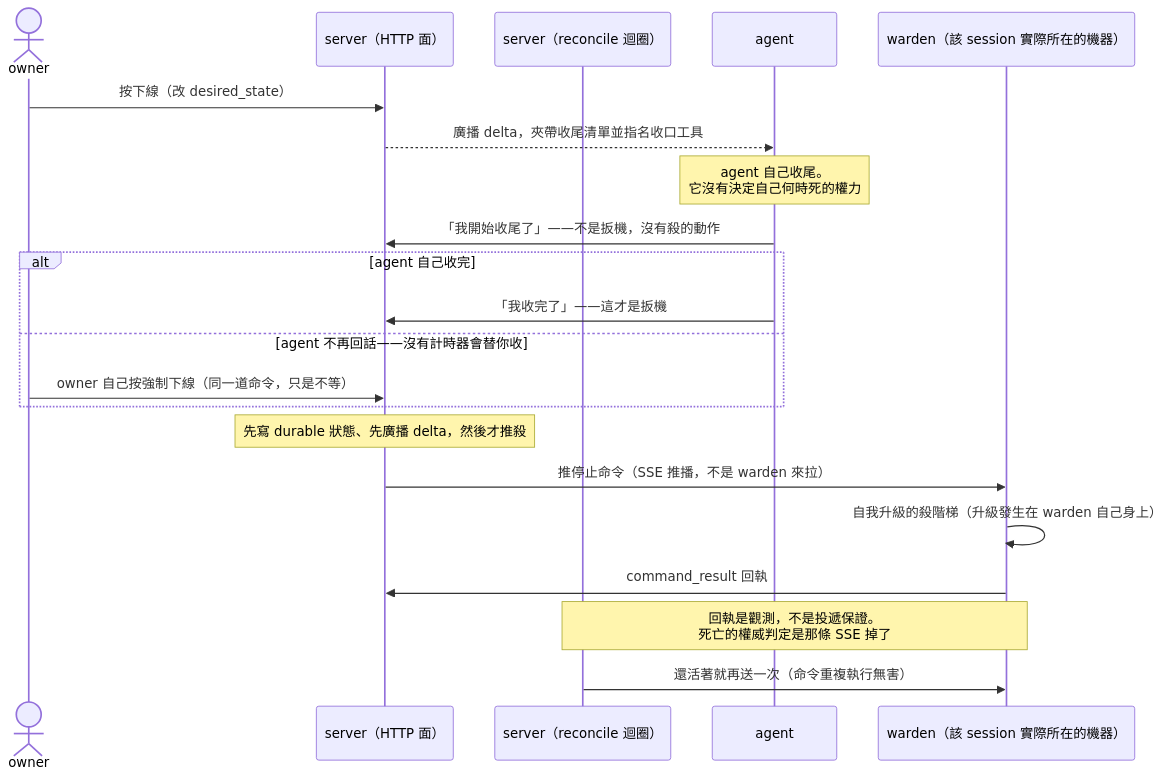
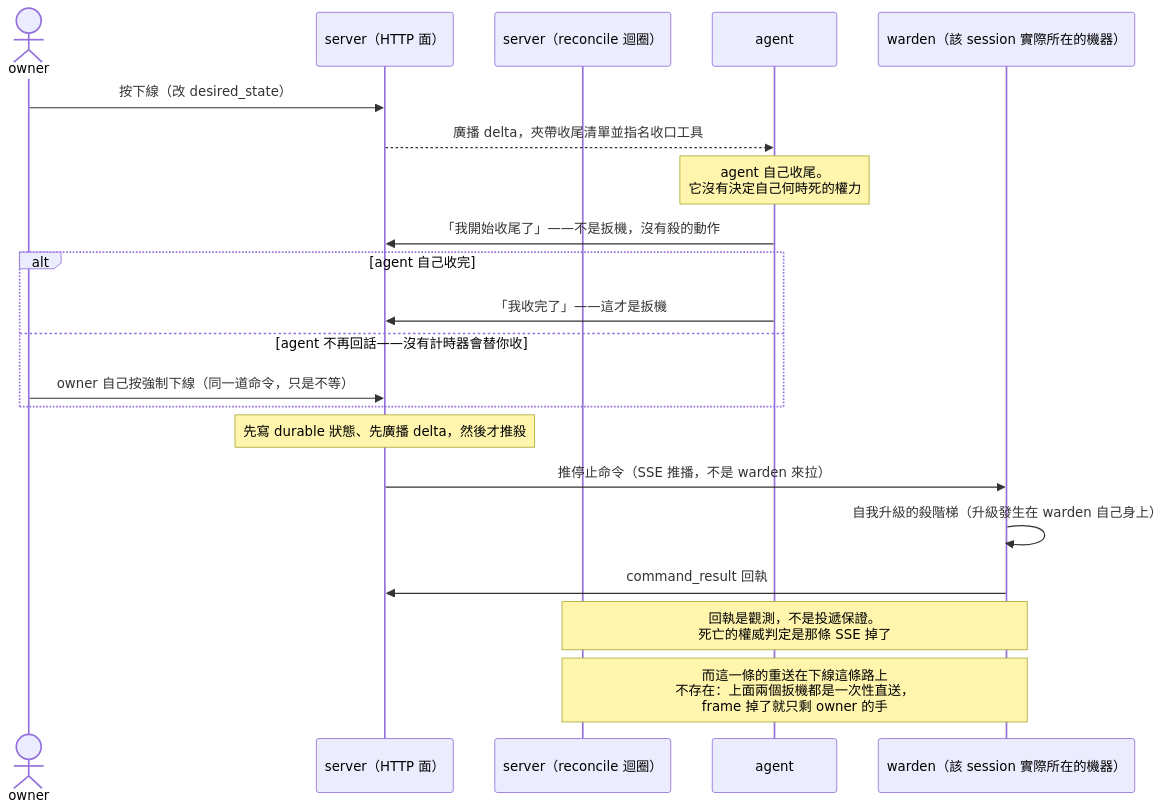
Before and after one commit to OTZro/OffiCraft: the diagram in docs/design/offboard-flow.md, drawn with Mermaid. The commit also changed other lines of this file and 12 other files, not shown here.

````diff
--- a/docs/design/offboard-flow.md
+++ b/docs/design/offboard-flow.md
@@ -36,28 +42,28 @@
 ```mermaid
 sequenceDiagram
     actor owner
     participant srv as server（HTTP 面）
     participant rec as server（reconcile 迴圈）
     participant agent as agent
     participant w as warden（該 session 實際所在的機器）
 
     owner->>srv: 按下線（改 desired_state）
     srv-->>agent: 廣播 delta，夾帶收尾清單並指名收口工具
     Note over agent: agent 自己收尾。<br/>它沒有決定自己何時死的權力
 
     agent->>srv: 「我開始收尾了」——不是扳機，沒有殺的動作
 
     alt agent 自己收完
         agent->>srv: 「我收完了」——這才是扳機
     else agent 不再回話——沒有計時器會替你收
         owner->>srv: owner 自己按強制下線（同一道命令，只是不等）
     end
 
     Note over srv: 先寫 durable 狀態、先廣播 delta，然後才推殺
     srv->>w: 推停止命令（SSE 推播，不是 warden 來拉）
     w->>w: 自我升級的殺階梯（升級發生在 warden 自己身上）
     w->>srv: command_result 回執
 
     Note over rec,w: 回執是觀測，不是投遞保證。<br/>死亡的權威判定是那條 SSE 掉了
-    rec->>w: 還活著就再送一次（命令重複執行無害）
+    Note over rec,w: 而這一條的重送在下線這條路上<br/>不存在：上面兩個扳機都是一次性直送，<br/>frame 掉了就只剩 owner 的手
 ```
````
